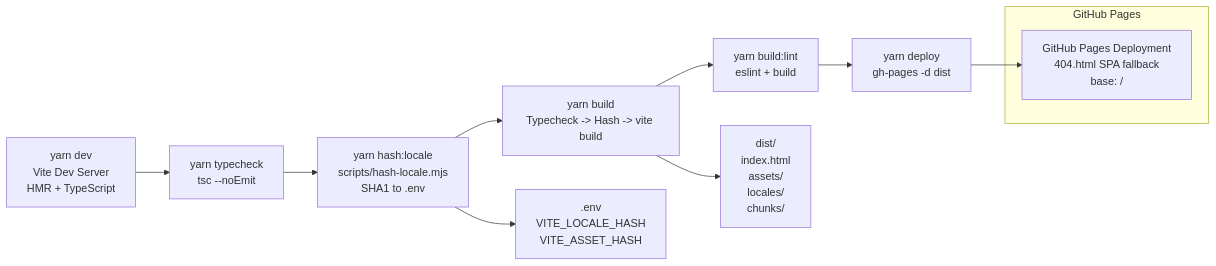
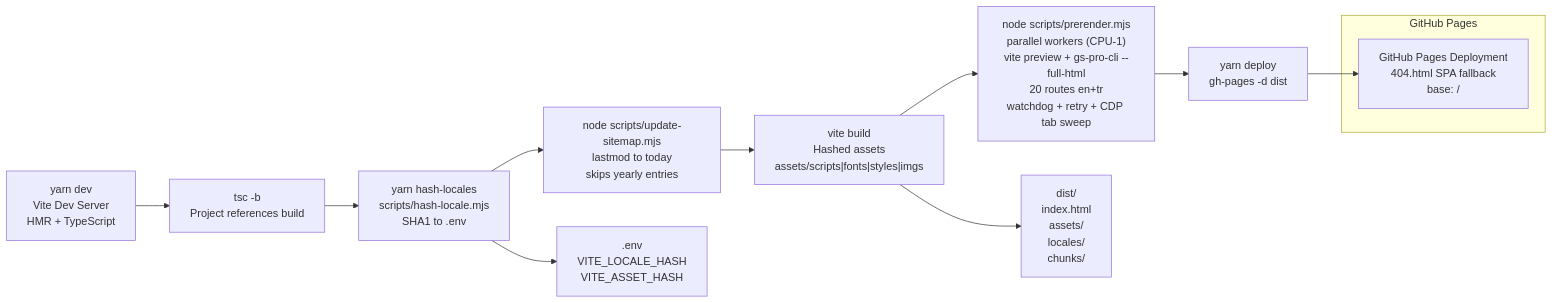
One commit to ahmadmdabit/ahmadmdabit.github.io changed diagram 12 of 15 in ARCHITECTURE-DIAGRAMS.md. Above: the diagram before and after it, drawn with Mermaid. The commit also changed other lines of this file and 41 other files, not shown here.

````diff
--- a/ARCHITECTURE-DIAGRAMS.md
+++ b/ARCHITECTURE-DIAGRAMS.md
@@ -684,25 +694,27 @@
 ```mermaid
 flowchart LR
     Dev["yarn dev\nVite Dev Server\nHMR + TypeScript"]
 
-    TypeCheck["yarn typecheck\ntsc --noEmit"]
-    HashLocale["yarn hash:locale\nscripts/hash-locale.mjs\nSHA1 to .env"]
-    Build["yarn build\nTypecheck -> Hash -> vite build"]
-    Lint["yarn build:lint\neslint + build"]
+    TscB["tsc -b\nProject references build"]
+    HashLocales["yarn hash-locales\nscripts/hash-locale.mjs\nSHA1 to .env"]
+    UpdateSitemap["node scripts/update-sitemap.mjs\nlastmod to today\nskips yearly entries"]
+    ViteBuild["vite build\nHashed assets\nassets/scripts|fonts|styles|imgs"]
+    Prerender["node scripts/prerender.mjs\nparallel workers (CPU-1)\nvite preview + gs-pro-cli --full-html\n20 routes en+tr\nwatchdog + retry + CDP tab sweep"]
     Deploy["yarn deploy\ngh-pages -d dist"]
 
     subgraph "GitHub Pages"
         GHAction["GitHub Pages Deployment\n404.html SPA fallback\nbase: /"]
     end
 
-    Dev --> TypeCheck
-    TypeCheck --> HashLocale
-    HashLocale --> Build
-    Build --> Lint
-    Lint --> Deploy
+    Dev --> TscB
+    TscB --> HashLocales
+    HashLocales --> UpdateSitemap
+    UpdateSitemap --> ViteBuild
+    ViteBuild --> Prerender
+    Prerender --> Deploy
     Deploy --> GHAction
 
     %% Key outputs
-    Build --> Dist["dist/\nindex.html\nassets/\nlocales/\nchunks/"]
-    HashLocale --> EnvFile[".env\nVITE_LOCALE_HASH\nVITE_ASSET_HASH"]
+    ViteBuild --> Dist["dist/\nindex.html\nassets/\nlocales/\nchunks/"]
+    HashLocales --> EnvFile[".env\nVITE_LOCALE_HASH\nVITE_ASSET_HASH"]
 ```
````
